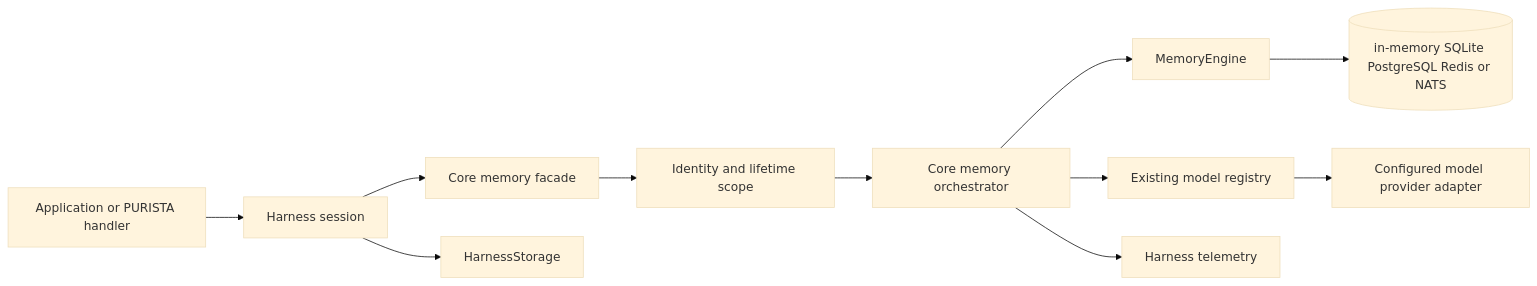
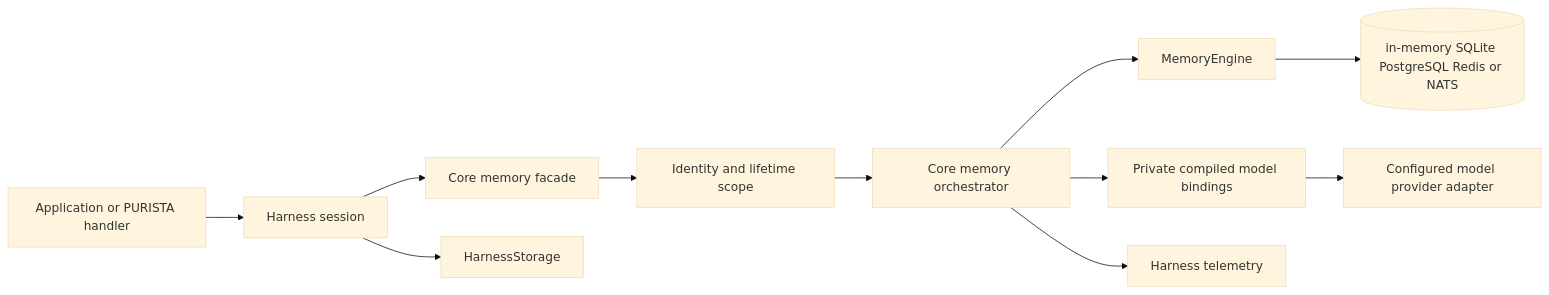
One commit to puristajs/harness changed the diagram in specs/33-enterprise-memory/00-architecture-overview.md. Above: the diagram before and after it, drawn with Mermaid (base theme). The commit also changed other lines of this file and 60 other files, not shown here.

````diff
--- a/specs/33-enterprise-memory/00-architecture-overview.md
+++ b/specs/33-enterprise-memory/00-architecture-overview.md
@@ -5,13 +5,13 @@
 ```mermaid
 flowchart LR
   App[Application or PURISTA handler] --> Session[Harness session]
   Session --> Facade[Core memory facade]
   Facade --> Scope[Identity and lifetime scope]
   Scope --> Orchestrator[Core memory orchestrator]
   Orchestrator --> Engine[MemoryEngine]
   Engine --> DB[(in-memory SQLite PostgreSQL Redis or NATS)]
-  Orchestrator --> Registry[Existing model registry]
-  Registry --> Provider[Configured model provider adapter]
+  Orchestrator --> Models[Private compiled model bindings]
+  Models --> Provider[Configured model provider adapter]
   Orchestrator --> OTel[Harness telemetry]
   Session --> Storage[HarnessStorage]
 ```
````
